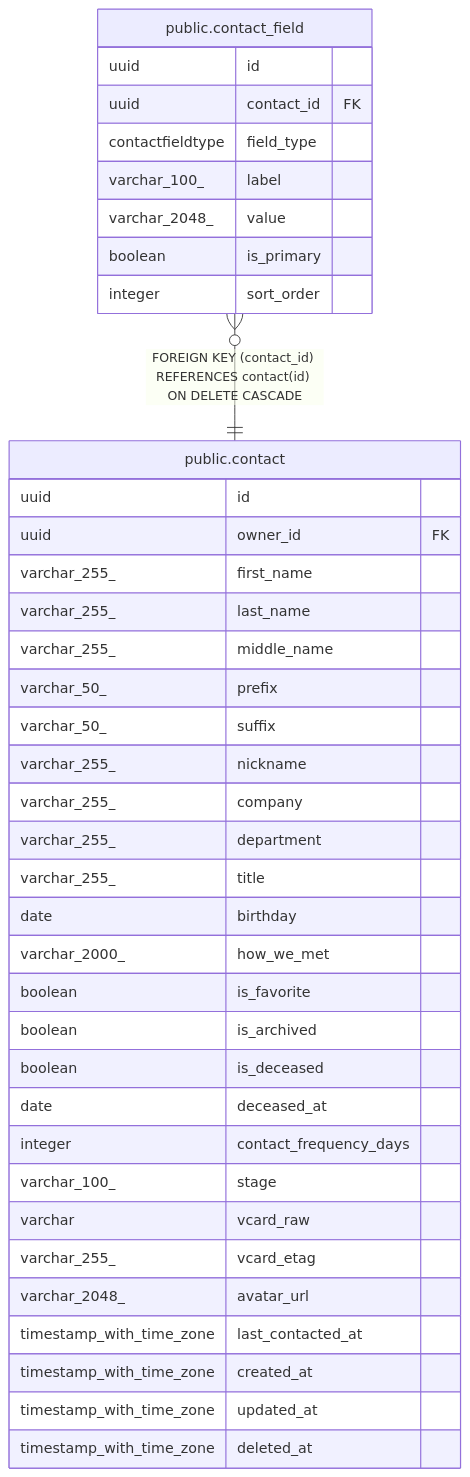
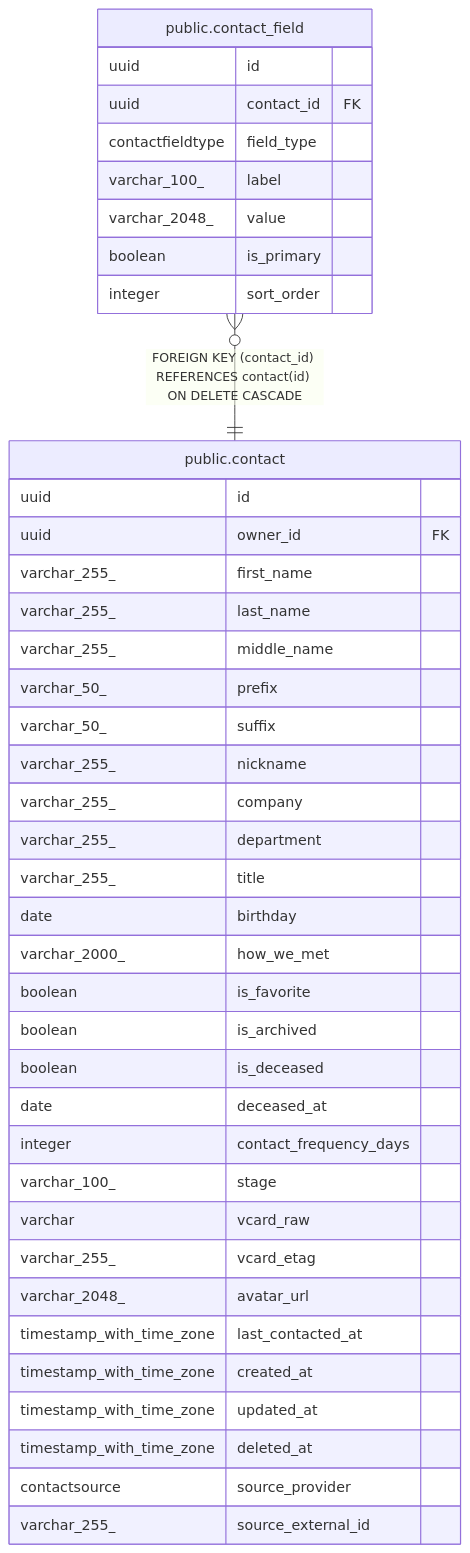
One commit to pike00/Kindred changed the diagram in docs/db/public.contact_field.md. Above: the diagram before and after it, drawn with Mermaid. The commit also changed 19 other files, not shown here.

````diff
--- a/docs/db/public.contact_field.md
+++ b/docs/db/public.contact_field.md
@@ -43,43 +43,45 @@
 ```mermaid
 erDiagram
 
 "public.contact_field" }o--|| "public.contact" : "FOREIGN KEY (contact_id) REFERENCES contact(id) ON DELETE CASCADE"
 
 "public.contact_field" {
   uuid id
   uuid contact_id FK
   contactfieldtype field_type
   varchar_100_ label
   varchar_2048_ value
   boolean is_primary
   integer sort_order
 }
 "public.contact" {
   uuid id
   uuid owner_id FK
   varchar_255_ first_name
   varchar_255_ last_name
   varchar_255_ middle_name
   varchar_50_ prefix
   varchar_50_ suffix
   varchar_255_ nickname
   varchar_255_ company
   varchar_255_ department
   varchar_255_ title
   date birthday
   varchar_2000_ how_we_met
   boolean is_favorite
   boolean is_archived
   boolean is_deceased
   date deceased_at
   integer contact_frequency_days
   varchar_100_ stage
   varchar vcard_raw
   varchar_255_ vcard_etag
   varchar_2048_ avatar_url
   timestamp_with_time_zone last_contacted_at
   timestamp_with_time_zone created_at
   timestamp_with_time_zone updated_at
   timestamp_with_time_zone deleted_at
+  contactsource source_provider
+  varchar_255_ source_external_id
 }
 ```
````
